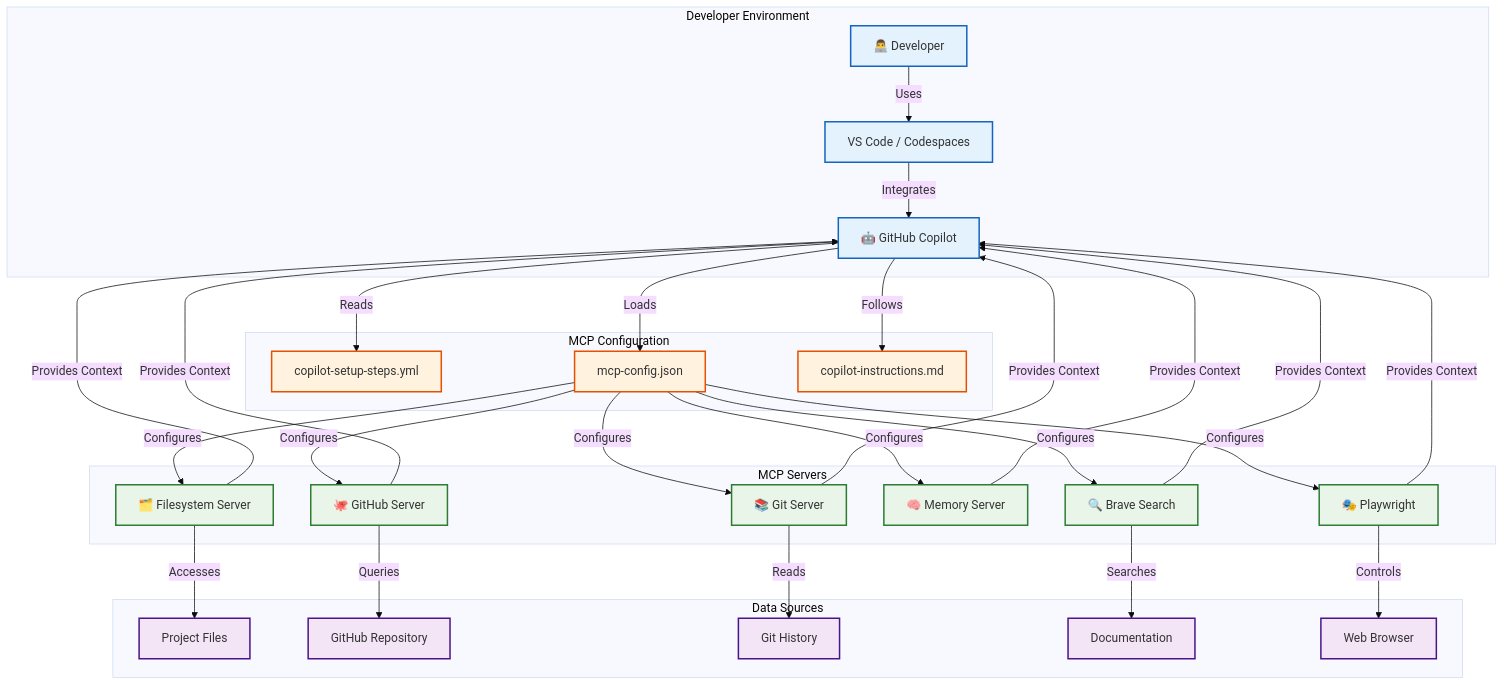
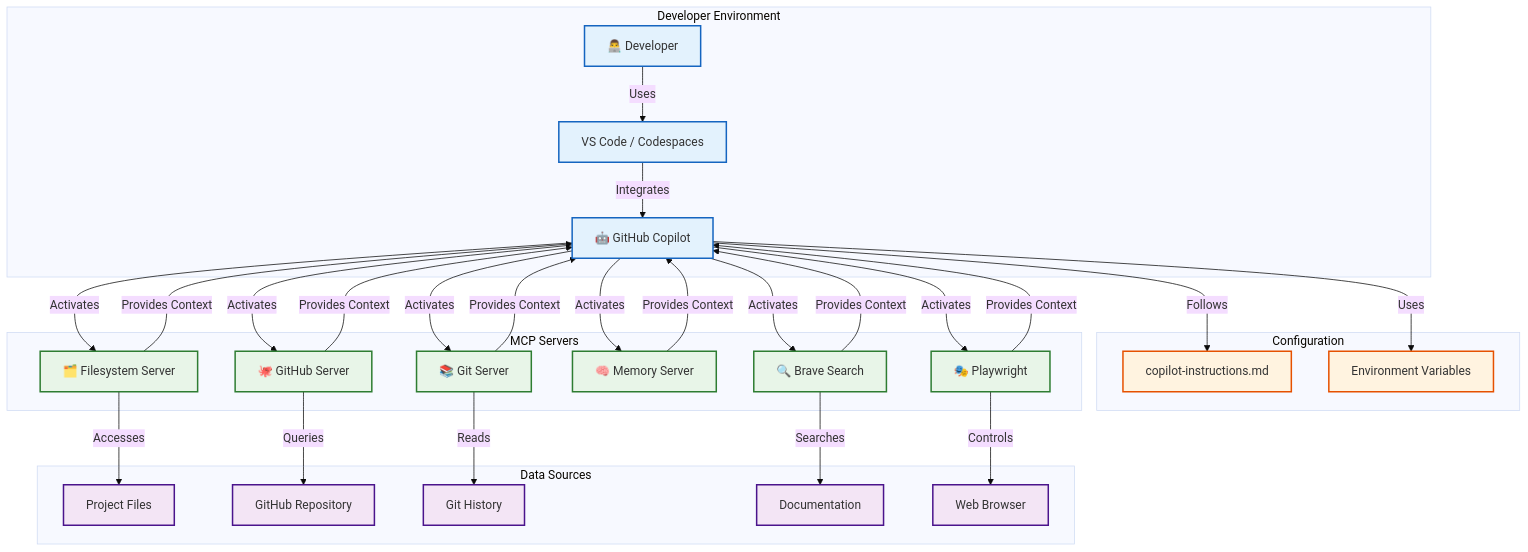
Before and after one commit to Hack23/game: the first of 7 diagrams in docs/MCP_ARCHITECTURE.md, drawn with Mermaid (base theme). The commit also changed other lines of this file and 4 other files, not shown here.

Commit message:
Fix: remove references to non-existent MCP config files

````diff
--- a/docs/MCP_ARCHITECTURE.md
+++ b/docs/MCP_ARCHITECTURE.md
@@ -7,67 +7,65 @@
 ```mermaid
 graph TB
     subgraph "Developer Environment"
         Dev[👨‍💻 Developer]
         VSCode[VS Code / Codespaces]
         Copilot[🤖 GitHub Copilot]
     end
 
-    subgraph "MCP Configuration"
-        SetupSteps[copilot-setup-steps.yml]
-        MCPConfig[mcp-config.json]
+    subgraph "Configuration"
         Instructions[copilot-instructions.md]
+        Env[Environment Variables]
     end
 
     subgraph "MCP Servers"
         FS[🗂️ Filesystem Server]
         GH[🐙 GitHub Server]
         Git[📚 Git Server]
         Mem[🧠 Memory Server]
         Search[🔍 Brave Search]
         PW[🎭 Playwright]
     end
 
     subgraph "Data Sources"
         Files[Project Files]
         Repo[GitHub Repository]
         History[Git History]
         Docs[Documentation]
         Browser[Web Browser]
     end
 
     Dev -->|Uses| VSCode
     VSCode -->|Integrates| Copilot
-    Copilot -->|Reads| SetupSteps
-    Copilot -->|Loads| MCPConfig
     Copilot -->|Follows| Instructions
+    Copilot -->|Uses| Env
 
-    MCPConfig -->|Configures| FS
-    MCPConfig -->|Configures| GH
-    MCPConfig -->|Configures| Git
-    MCPConfig -->|Configures| Mem
-    MCPConfig -->|Configures| Search
-    MCPConfig -->|Configures| PW
+    Copilot -->|Activates| FS
+    Copilot -->|Activates| GH
+    Copilot -->|Activates| Git
+    Copilot -->|Activates| Mem
+    Copilot -->|Activates| Search
+    Copilot -->|Activates| PW
 
     FS -->|Accesses| Files
     GH -->|Queries| Repo
     Git -->|Reads| History
     Search -->|Searches| Docs
     PW -->|Controls| Browser
 
     FS -->|Provides Context| Copilot
     GH -->|Provides Context| Copilot
     Git -->|Provides Context| Copilot
     Mem -->|Provides Context| Copilot
     Search -->|Provides Context| Copilot
     PW -->|Provides Context| Copilot
 
     classDef primary fill:#e3f2fd,stroke:#1565c0,stroke-width:2px
     classDef config fill:#fff3e0,stroke:#e65100,stroke-width:2px
     classDef server fill:#e8f5e8,stroke:#2e7d32,stroke-width:2px
     classDef data fill:#f3e5f5,stroke:#4a148c,stroke-width:2px
 
     class Dev,VSCode,Copilot primary
-    class SetupSteps,MCPConfig,Instructions config
+    class Instructions,Env config
     class FS,GH,Git,Mem,Search,PW server
     class Files,Repo,History,Docs,Browser data
 ```
````
